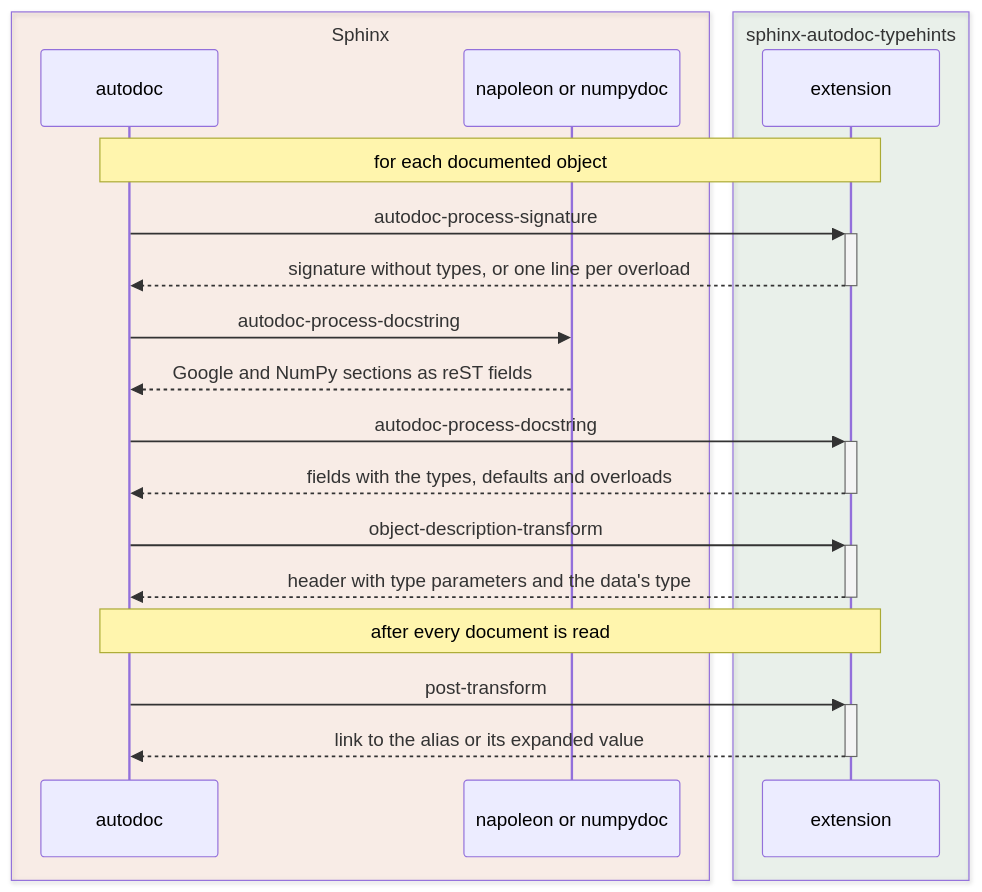
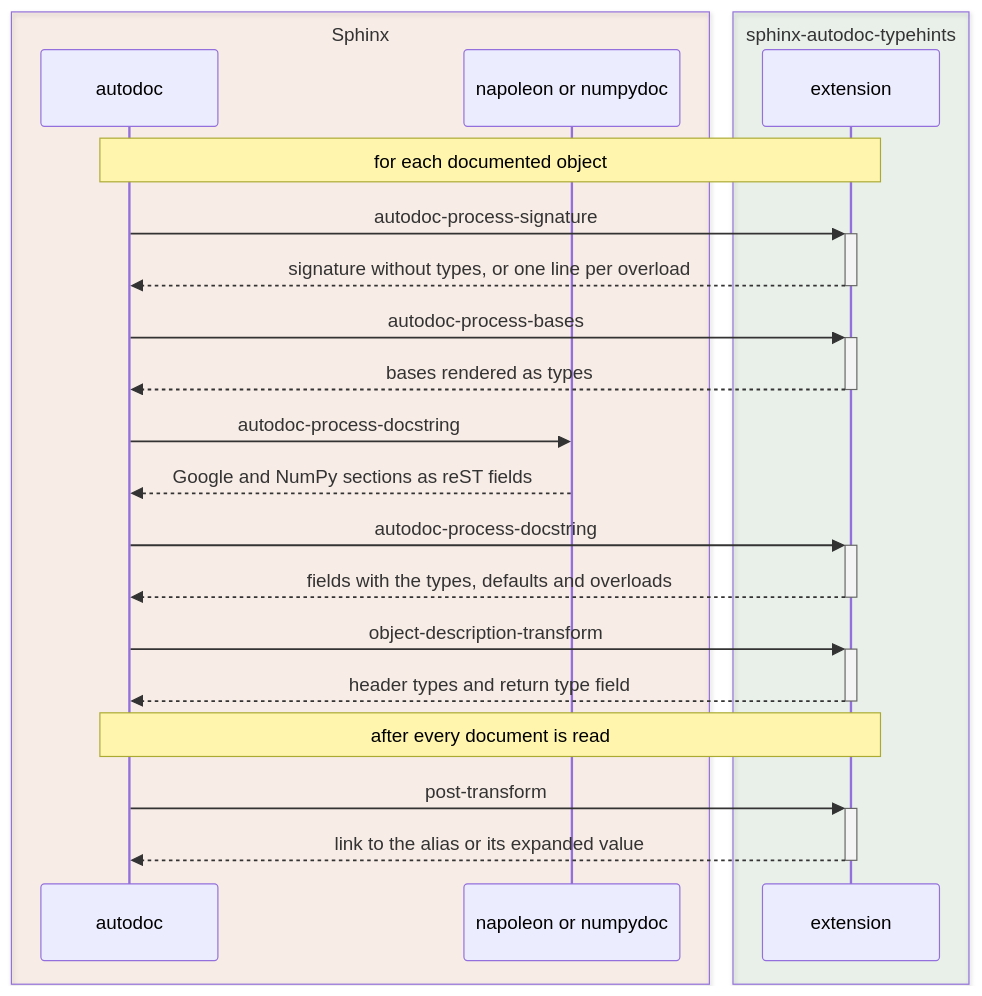
The first of 3 diagrams in docs/concepts.rst (tox-dev/sphinx-autodoc-typehints), drawn with Mermaid before and after one commit. The commit also changed other lines of this file and 6 other files, not shown here.

```diff
--- a/docs/concepts.rst
+++ b/docs/concepts.rst
@@ -35,22 +36,24 @@
 .. mermaid::
 
     sequenceDiagram
         box rgba(230, 81, 0, 0.08) Sphinx
             participant sphinx_autodoc as autodoc
             participant sphinx_docstrings as napoleon or numpydoc
         end
         box rgba(46, 125, 50, 0.08) sphinx-autodoc-typehints
             participant extension_handlers as extension
         end
         Note over sphinx_autodoc,extension_handlers: for each documented object
         sphinx_autodoc->>+extension_handlers: autodoc-process-signature
         extension_handlers-->>-sphinx_autodoc: signature without types, or one line per overload
+        sphinx_autodoc->>+extension_handlers: autodoc-process-bases
+        extension_handlers-->>-sphinx_autodoc: bases rendered as types
         sphinx_autodoc->>sphinx_docstrings: autodoc-process-docstring
         sphinx_docstrings-->>sphinx_autodoc: Google and NumPy sections as reST fields
         sphinx_autodoc->>+extension_handlers: autodoc-process-docstring
         extension_handlers-->>-sphinx_autodoc: fields with the types, defaults and overloads
         sphinx_autodoc->>+extension_handlers: object-description-transform
-        extension_handlers-->>-sphinx_autodoc: header with type parameters and the data's type
+        extension_handlers-->>-sphinx_autodoc: header types and return type field
         Note over sphinx_autodoc,extension_handlers: after every document is read
         sphinx_autodoc->>+extension_handlers: post-transform
         extension_handlers-->>-sphinx_autodoc: link to the alias or its expanded value
```
